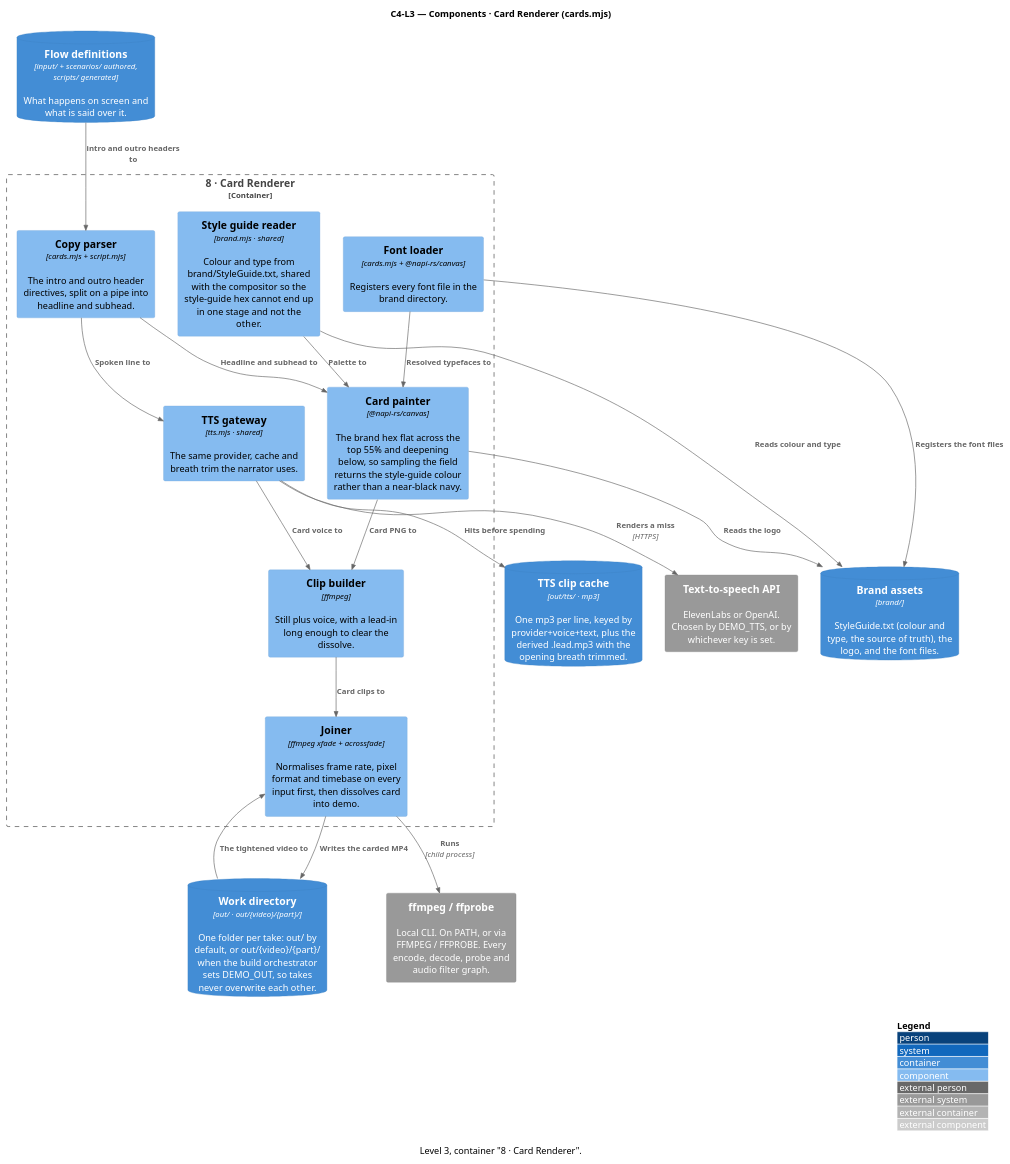
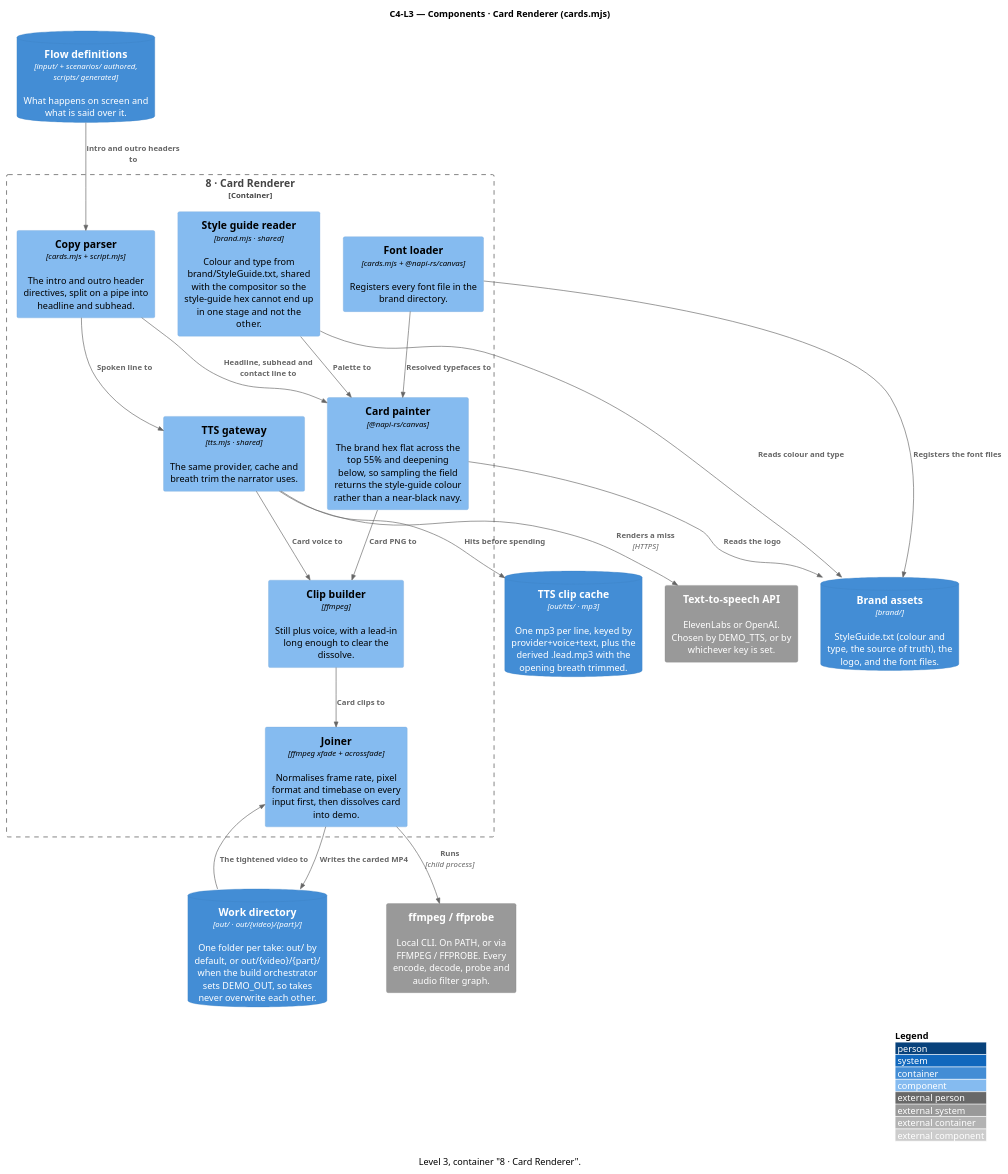
One commit to ssunduko/product-video changed the diagram in docs/c4-l3-card-renderer.puml. Above: the diagram before and after it, drawn with PlantUML. The commit also changed 5 other files, not shown here.

First line of the commit message:
Add an optional contact line to intro/outro cards

```diff
--- a/docs/c4-l3-card-renderer.puml
+++ b/docs/c4-l3-card-renderer.puml
@@ -1,45 +1,45 @@
 @startuml c4-l3-card-renderer
 ' Generated by docs/c4-model.mjs — do not edit; edit the model and re-run.
 !include <C4/C4_Component>
 ' No bundled C4 stdlib? Replace the line above with:
 ' !include https://raw.githubusercontent.com/plantuml-stdlib/C4-PlantUML/master/C4_Component.puml
 
 title C4-L3 — Components · Card Renderer (cards.mjs)
 caption Level 3, container "8 · Card Renderer".
 
 ContainerDb(flow_definitions, "Flow definitions", "input/ + scenarios/ authored, scripts/ generated", "What happens on screen and what is said over it.")
 ContainerDb(brand_assets, "Brand assets", "brand/", "StyleGuide.txt (colour and type, the source of truth), the logo, and the font files.")
 ContainerDb(tts_clip_cache, "TTS clip cache", "out/tts/ · mp3", "One mp3 per line, keyed by provider+voice+text, plus the derived .lead.mp3 with the opening breath trimmed.")
 System_Ext(text_to_speech_api, "Text-to-speech API", "ElevenLabs or OpenAI. Chosen by DEMO_TTS, or by whichever key is set.")
 ContainerDb(work_directory, "Work directory", "out/ · out/{video}/{part}/", "One folder per take: out/ by default, or out/{video}/{part}/ when the build orchestrator sets DEMO_OUT, so takes never overwrite each other.")
 System_Ext(ffmpeg_ffprobe, "ffmpeg / ffprobe", "Local CLI. On PATH, or via FFMPEG / FFPROBE. Every encode, decode, probe and audio filter graph.")
 
 Container_Boundary(card_renderer_2, "8 · Card Renderer") {
   Component(copy_parser, "Copy parser", "cards.mjs + script.mjs", "The intro and outro header directives, split on a pipe into headline and subhead.")
   Component(style_guide_reader, "Style guide reader", "brand.mjs · shared", "Colour and type from brand/StyleGuide.txt, shared with the compositor so the style-guide hex cannot end up in one stage and not the other.")
   Component(font_loader, "Font loader", "cards.mjs + @napi-rs/canvas", "Registers every font file in the brand directory.")
   Component(card_painter, "Card painter", "@napi-rs/canvas", "The brand hex flat across the top 55% and deepening below, so sampling the field returns the style-guide colour rather than a near-black navy.")
   Component(tts_gateway_2, "TTS gateway", "tts.mjs · shared", "The same provider, cache and breath trim the narrator uses.")
   Component(clip_builder, "Clip builder", "ffmpeg", "Still plus voice, with a lead-in long enough to clear the dissolve.")
   Component(joiner, "Joiner", "ffmpeg xfade + acrossfade", "Normalises frame rate, pixel format and timebase on every input first, then dissolves card into demo.")
 }
 
 Rel(flow_definitions, copy_parser, "intro and outro headers to")
 Rel(style_guide_reader, brand_assets, "Reads colour and type")
 Rel(font_loader, brand_assets, "Registers the font files")
-Rel(copy_parser, card_painter, "Headline and subhead to")
+Rel(copy_parser, card_painter, "Headline, subhead and contact line to")
 Rel(style_guide_reader, card_painter, "Palette to")
 Rel(font_loader, card_painter, "Resolved typefaces to")
 Rel(card_painter, brand_assets, "Reads the logo")
 Rel(copy_parser, tts_gateway_2, "Spoken line to")
 Rel(tts_gateway_2, tts_clip_cache, "Hits before spending")
 Rel(tts_gateway_2, text_to_speech_api, "Renders a miss", "HTTPS")
 Rel(card_painter, clip_builder, "Card PNG to")
 Rel(tts_gateway_2, clip_builder, "Card voice to")
 Rel(clip_builder, joiner, "Card clips to")
 Rel(work_directory, joiner, "The tightened video to")
 Rel(joiner, ffmpeg_ffprobe, "Runs", "child process")
 Rel(joiner, work_directory, "Writes the carded MP4")
 
 LAYOUT_WITH_LEGEND()
 @enduml
```
